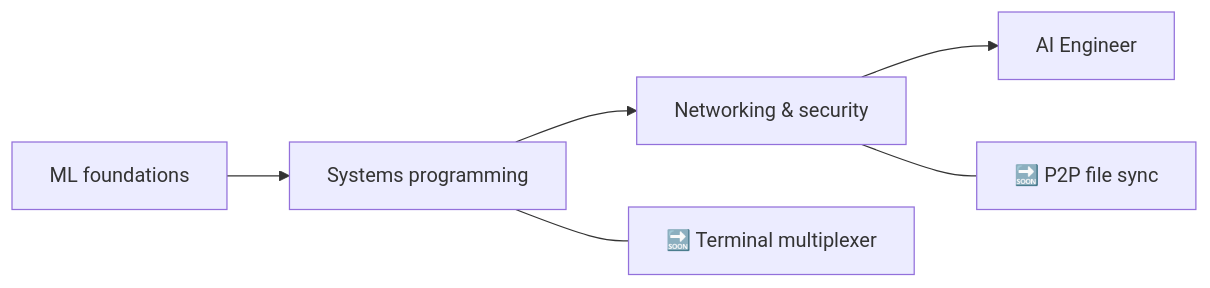
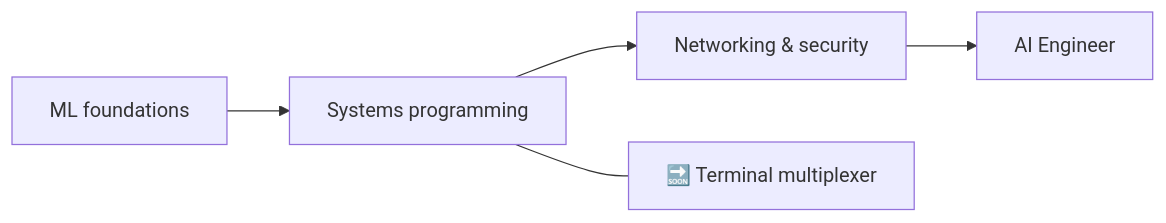
The diagram in README.md (zuroking/zuroking), drawn with Mermaid before and after one commit. The commit also changed other lines of this file, not shown here.

First line of the commit message:
Add p2p-file-sync project to README

````diff
--- a/README.md
+++ b/README.md
@@ -101,9 +102,8 @@
 ```mermaid
 flowchart LR
     A[ML foundations] --> B[Systems programming]
     B --> C[Networking & security]
     C --> D[AI Engineer]
 
     B --- B1[🔜 Terminal multiplexer]
-    C --- C2[🔜 P2P file sync]
 ```
````
